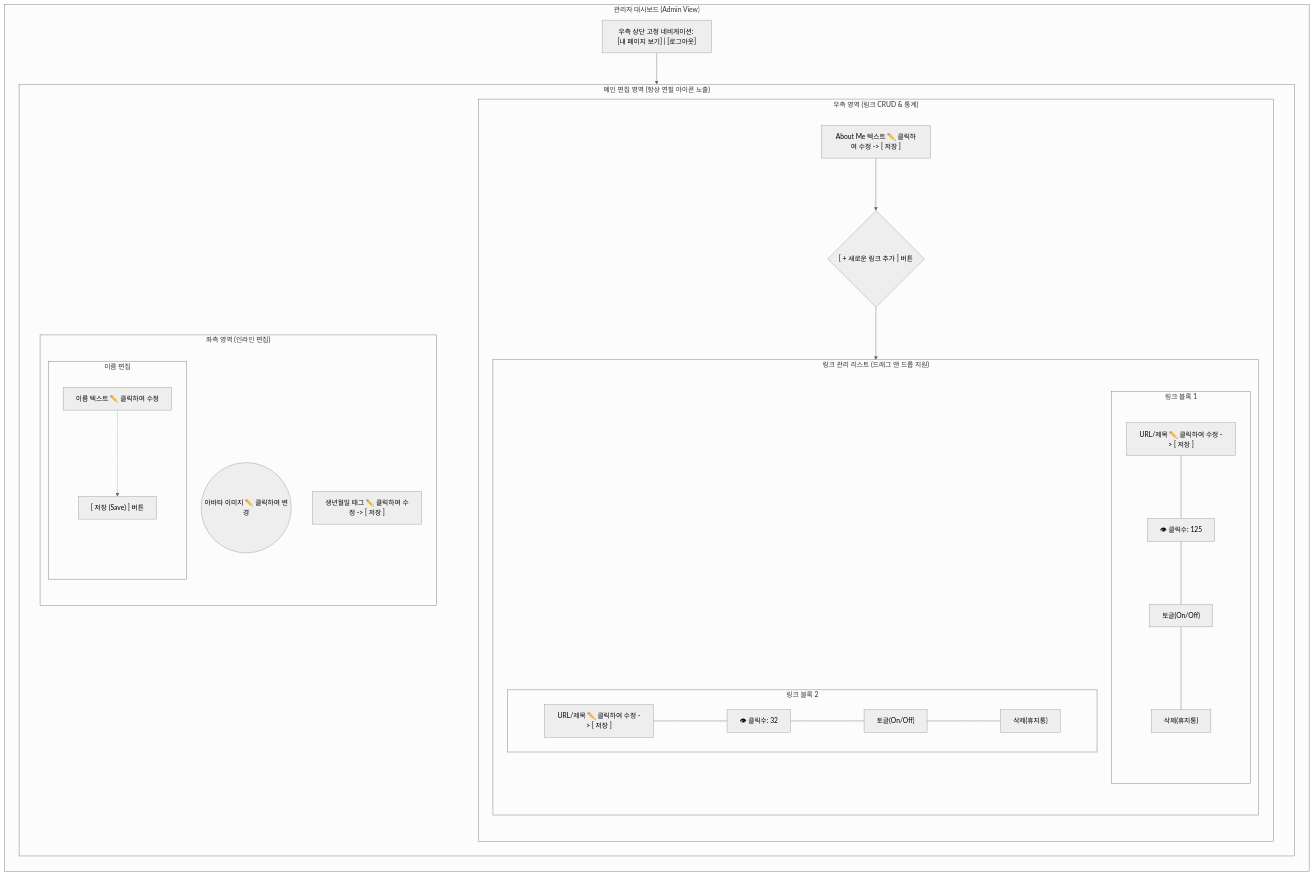
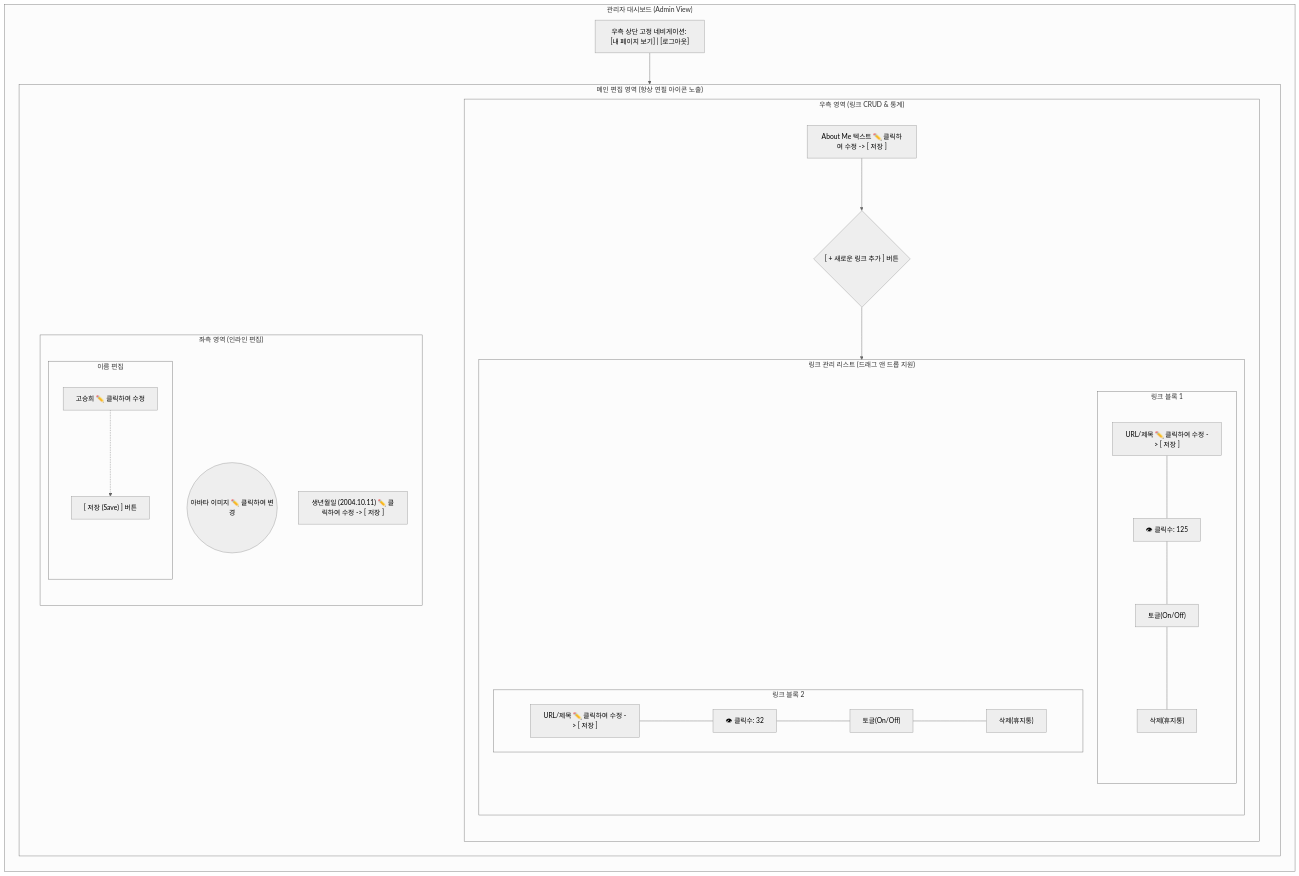
One commit to SeungHeeKo5/my-link changed the second of 2 diagrams in docs/wireframe.md. Above: the diagram before and after it, drawn with Mermaid (neutral theme). The commit also changed other lines of this file and 1 other file, not shown here.

Commit message:
수정: 메인 페이지 더미 데이터 프로필(이름, 생년월일, 소개글)을 고승희(2004.10.11)로 변경 및 와이어프레임(wireframe.md) 문서에 해당 내용 반영

````diff
--- a/docs/wireframe.md
+++ b/docs/wireframe.md
@@ -47,62 +47,62 @@
 ```mermaid
 flowchart TD
     subgraph Admin ["관리자 대시보드 (Admin View)"]
         direction TB
         
         Header["우측 상단 고정 네비게이션: [내 페이지 보기] | [로그아웃]"]
         
         subgraph Main ["메인 편집 영역 (항상 연필 아이콘 노출)"]
             direction LR
             
             subgraph Left_Edit ["좌측 영역 (인라인 편집)"]
                 direction TB
                 E_A1((아바타 이미지 ✏️ 클릭하여 변경))
                 
                 subgraph NameEdit ["이름 편집"]
-                    E_A2["이름 텍스트 ✏️ 클릭하여 수정"]
+                    E_A2["고승희 ✏️ 클릭하여 수정"]
                     E_A3["[ 저장 (Save) ] 버튼"]
                     E_A2 -.-> E_A3
                 end
                 
-                E_A4["생년월일 태그 ✏️ 클릭하여 수정 -> [ 저장 ]"]
+                E_A4["생년월일 (2004.10.11) ✏️ 클릭하여 수정 -> [ 저장 ]"]
             end
             
             subgraph Right_Edit ["우측 영역 (링크 CRUD & 통계)"]
                 direction TB
                 
                 E_B1["About Me 텍스트 ✏️ 클릭하여 수정 -> [ 저장 ]"]
                 
                 E_B2{"[ + 새로운 링크 추가 ] 버튼"}
                 
                 subgraph LinkManager ["링크 관리 리스트 (드래그 앤 드롭 지원)"]
                     direction TB
                     
                     subgraph LinkItem1 ["링크 블록 1"]
                         direction LR
                         LI1_A["URL/제목 ✏️ 클릭하여 수정 -> [ 저장 ]"]
                         LI1_B["👁 클릭수: 125"]
                         LI1_C["토글(On/Off)"]
                         LI1_D["삭제(휴지통)"]
                         LI1_A --- LI1_B --- LI1_C --- LI1_D
                     end
                     
                     subgraph LinkItem2 ["링크 블록 2"]
                         direction LR
                         LI2_A["URL/제목 ✏️ 클릭하여 수정 -> [ 저장 ]"]
                         LI2_B["👁 클릭수: 32"]
                         LI2_C["토글(On/Off)"]
                         LI2_D["삭제(휴지통)"]
                         LI2_A --- LI2_B --- LI2_C --- LI2_D
                     end
                 end
                 
                 E_B1 --> E_B2
                 E_B2 --> LinkManager
             end
             
             Left_Edit ~~~ Right_Edit
         end
         
         Header --> Main
     end
 ```
````
